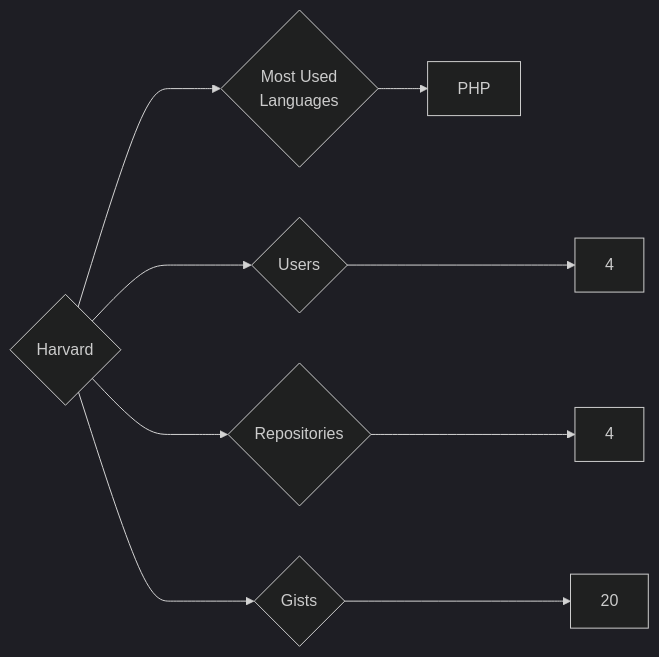
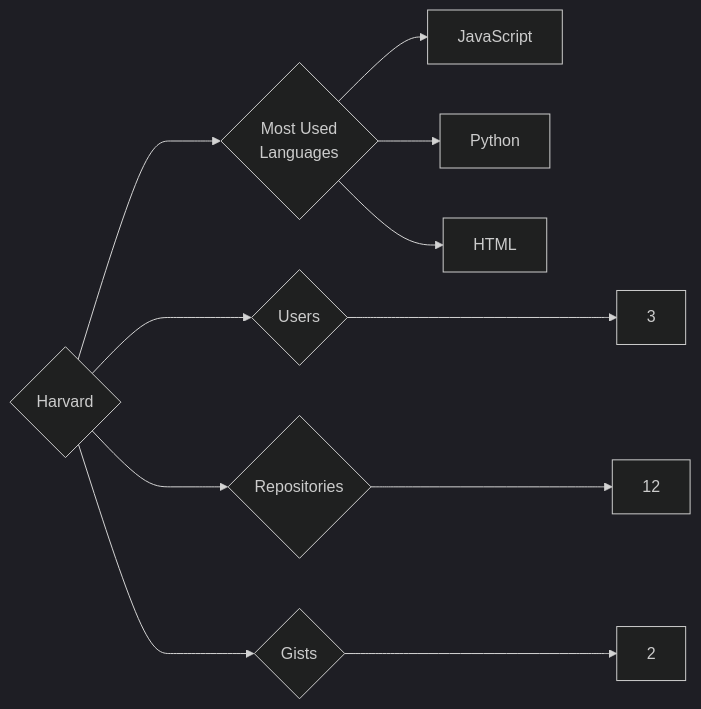
Before and after one commit to trickest/insiders: the diagram in targets/Harvard/README.md, drawn with Mermaid (dark theme). The commit also changed 1023 other files, not shown here.

````diff
--- a/targets/Harvard/README.md
+++ b/targets/Harvard/README.md
@@ -3,9 +3,11 @@
 ```mermaid
 graph LR
 COMPANY_NAME{Harvard}
-COMPANY_NAME ---> U{Users} ---> UN[4]
-COMPANY_NAME ---> R{Repositories} ---> RN[4]
-COMPANY_NAME ---> G{Gists} ---> GN[20]
+COMPANY_NAME ---> U{Users} ---> UN[3]
+COMPANY_NAME ---> R{Repositories} ---> RN[12]
+COMPANY_NAME ---> G{Gists} ---> GN[2]
 COMPANY_NAME ---> ML{Most Used<br>Languages}
-ML --> PHP[PHP]
+ML --> JavaScript[JavaScript]
+ML --> Python[Python]
+ML --> HTML[HTML]
 ```
````
